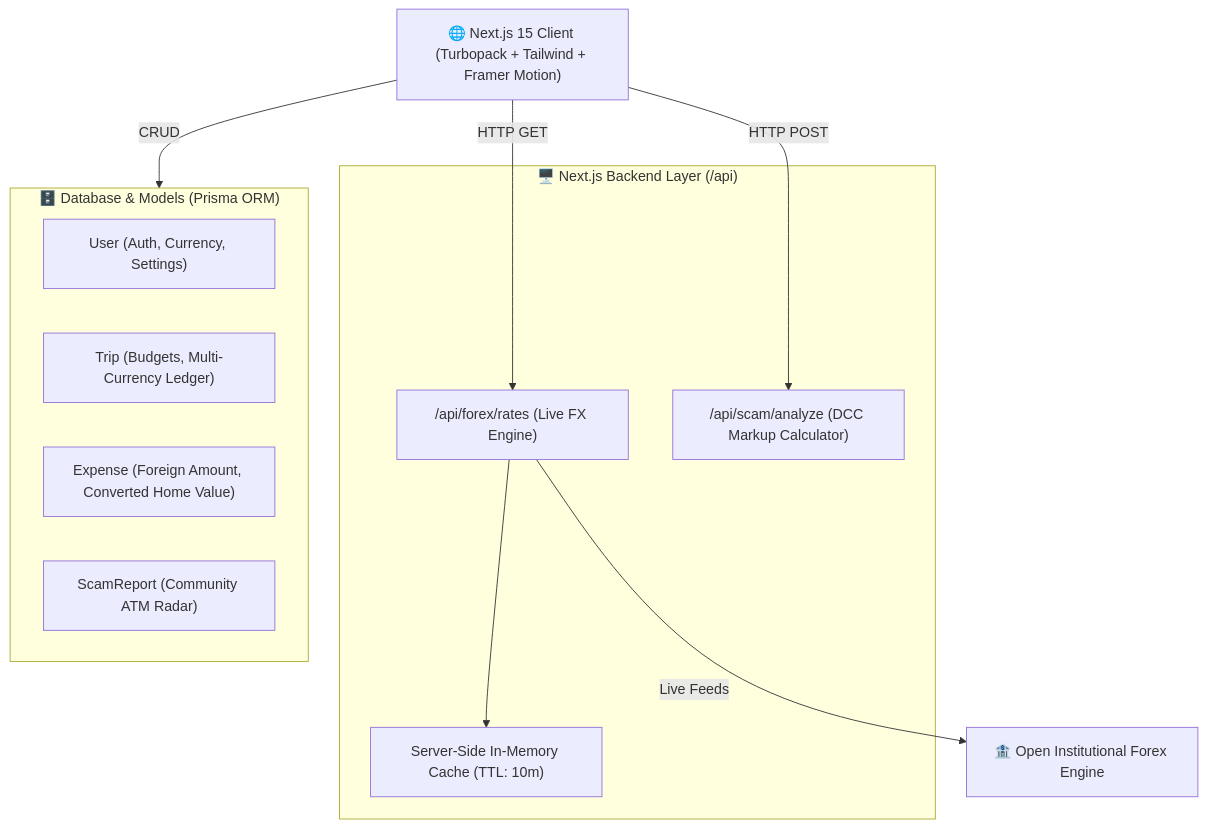
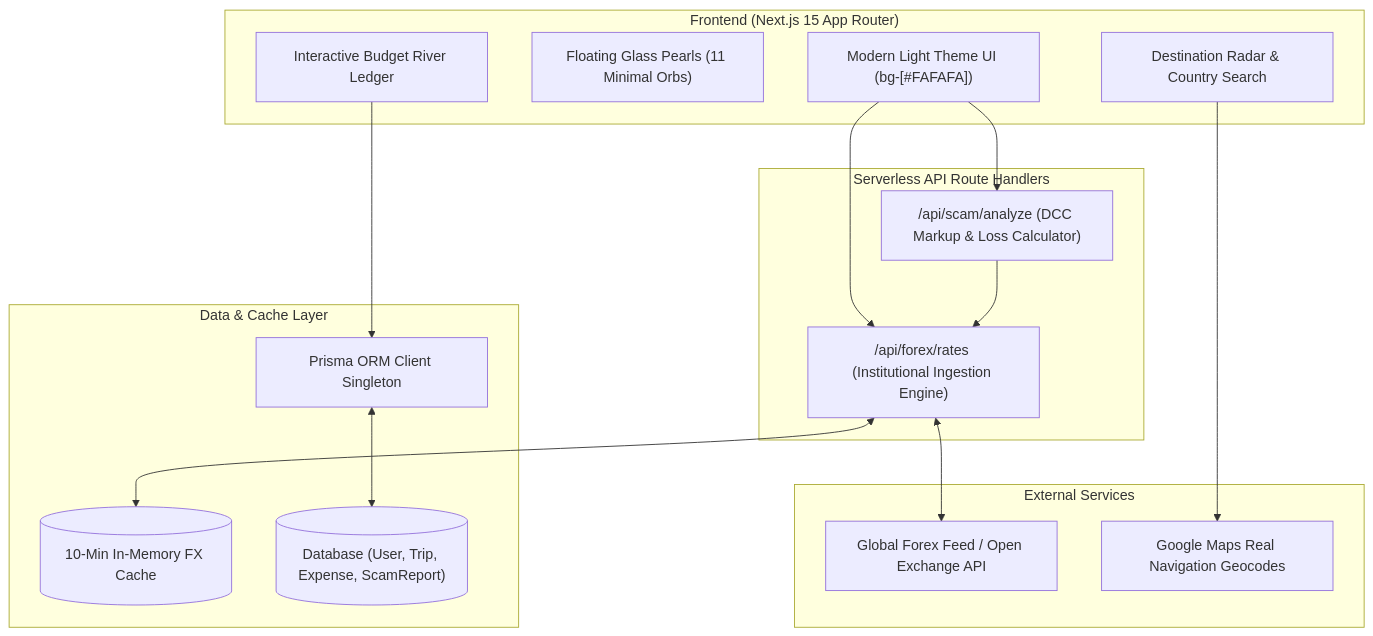
Before and after one commit to Snehachoudhary26/Globe_-Rate: the first of 2 diagrams in README.md, drawn with Mermaid. The commit also changed other lines of this file, not shown here.

Commit message:
Expand README with detailed project explanation, architecture, and API docs

````diff
--- a/README.md
+++ b/README.md
@@ -77,23 +167,34 @@
 ```mermaid
 flowchart TD
-    Client["🌐 Next.js 15 Client (Turbopack + Tailwind + Framer Motion)"]
-    
-    subgraph ServerBackend ["🖥️ Next.js Backend Layer (/api)"]
-        ForexEngine["/api/forex/rates (Live FX Engine)"]
-        ScamScorer["/api/scam/analyze (DCC Markup Calculator)"]
-        Cache["Server-Side In-Memory Cache (TTL: 10m)"]
-        ForexEngine --> Cache
+    subgraph Client ["Frontend (Next.js 15 App Router)"]
+        UI["Modern Light Theme UI (bg-[#FAFAFA])"]
+        Particles["Floating Glass Pearls (11 Minimal Orbs)"]
+        Radar["Destination Radar & Country Search"]
+        River["Interactive Budget River Ledger"]
     end
 
-    subgraph DataLayer ["🗄️ Database & Models (Prisma ORM)"]
-        UserTable["User (Auth, Currency, Settings)"]
-        TripTable["Trip (Budgets, Multi-Currency Ledger)"]
-        ExpenseTable["Expense (Foreign Amount, Converted Home Value)"]
-        ScamReports["ScamReport (Community ATM Radar)"]
+    subgraph Edge ["Serverless API Route Handlers"]
+        ForexAPI["/api/forex/rates (Institutional Ingestion Engine)"]
+        ScamAPI["/api/scam/analyze (DCC Markup & Loss Calculator)"]
     end
 
-    Client -->|HTTP GET| ForexEngine
-    Client -->|HTTP POST| ScamScorer
-    Client -->|CRUD| DataLayer
-    ForexEngine -->|Live Feeds| GlobalForexAPI["🏦 Open Institutional Forex Engine"]
+    subgraph Data ["Data & Cache Layer"]
+        Cache[("10-Min In-Memory FX Cache")]
+        Prisma["Prisma ORM Client Singleton"]
+        DB[("Database (User, Trip, Expense, ScamReport)")]
+    end
+
+    subgraph External ["External Services"]
+        FXFeed["Global Forex Feed / Open Exchange API"]
+        GMaps["Google Maps Real Navigation Geocodes"]
+    end
+
+    UI --> ForexAPI
+    UI --> ScamAPI
+    ForexAPI <--> Cache
+    ForexAPI <--> FXFeed
+    ScamAPI --> ForexAPI
+    Radar --> GMaps
+    River --> Prisma
+    Prisma <--> DB
 ```
````
